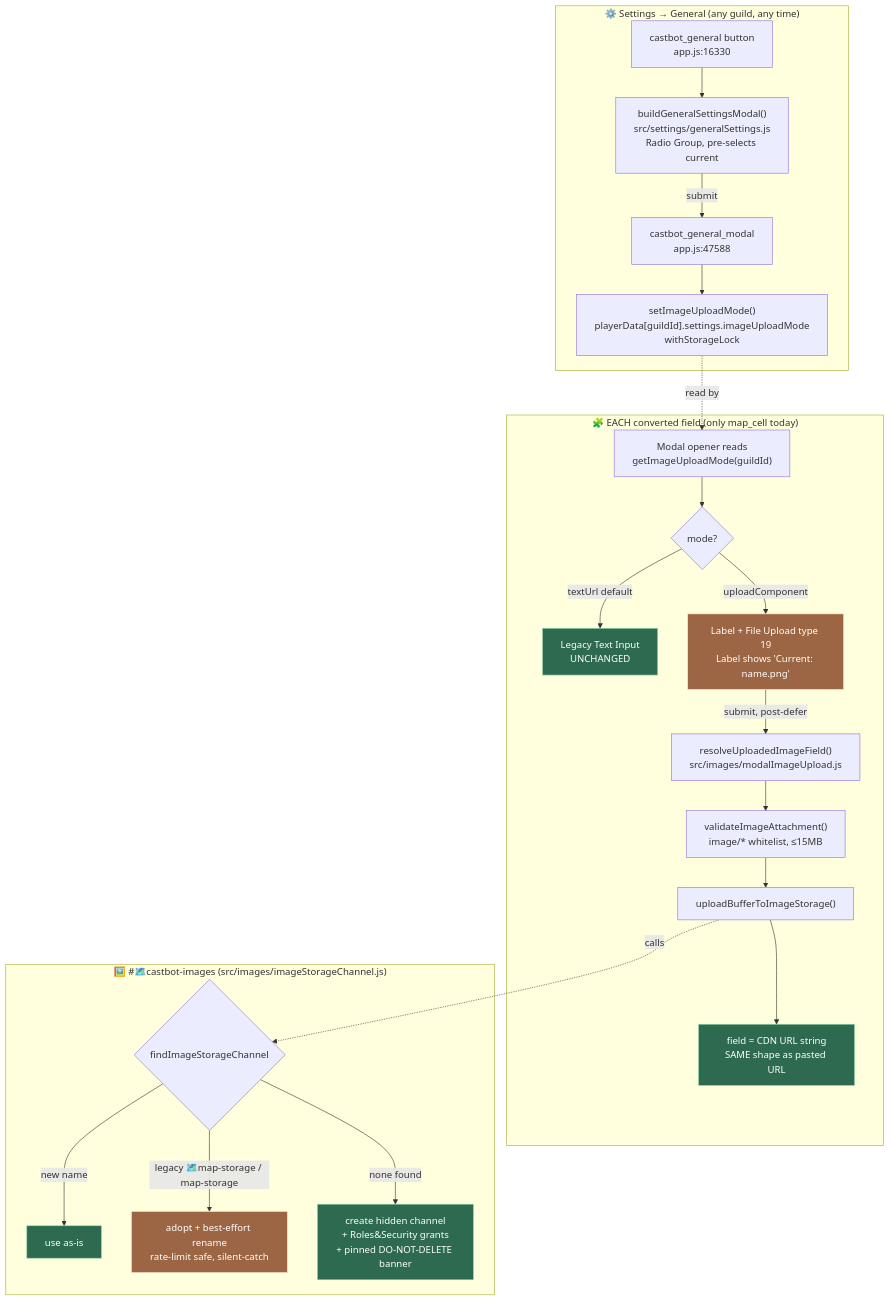
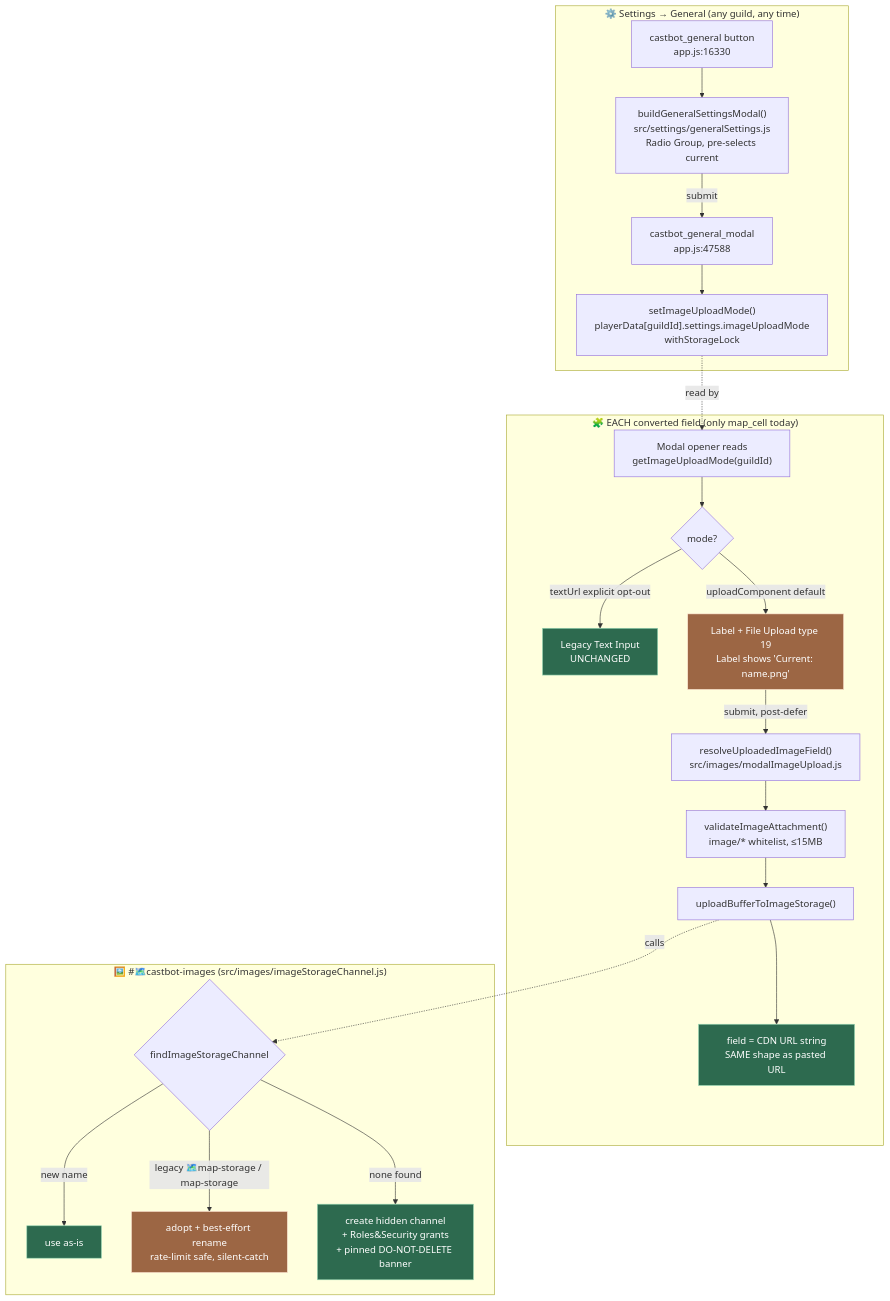
Before and after one commit to extremedonkey/castbot: the diagram in docs/03-features/ImageUploads.md, drawn with Mermaid. The commit also changed other lines of this file and 3 other files, not shown here.

Commit message:
Image Uploads: flip default mode to uploadComponent for new/never-configured servers (explicit Paste URL choices preserved) - normalizeImageUploadMode is the single source of the default

````diff
--- a/docs/03-features/ImageUploads.md
+++ b/docs/03-features/ImageUploads.md
@@ -34,30 +34,30 @@
 ```mermaid
 flowchart TD
     subgraph Toggle["⚙️ Settings → General (any guild, any time)"]
         BTN["castbot_general button<br/>app.js:16330"] --> MODAL["buildGeneralSettingsModal()<br/>src/settings/generalSettings.js<br/>Radio Group, pre-selects current"]
         MODAL -->|submit| SUBMIT["castbot_general_modal<br/>app.js:47588"]
         SUBMIT --> SAVE["setImageUploadMode()<br/>playerData[guildId].settings.imageUploadMode<br/>withStorageLock"]
     end
 
     subgraph PerField["🧩 EACH converted field (only map_cell today)"]
         OPEN["Modal opener reads<br/>getImageUploadMode(guildId)"] --> WHICH{mode?}
-        WHICH -->|textUrl default| TEXT["Legacy Text Input<br/>UNCHANGED"]:::green
-        WHICH -->|uploadComponent| FILE["Label + File Upload type 19<br/>Label shows 'Current: name.png'"]:::yellow
+        WHICH -->|textUrl explicit opt-out| TEXT["Legacy Text Input<br/>UNCHANGED"]:::green
+        WHICH -->|uploadComponent default| FILE["Label + File Upload type 19<br/>Label shows 'Current: name.png'"]:::yellow
         FILE -->|submit, post-defer| RESOLVE["resolveUploadedImageField()<br/>src/images/modalImageUpload.js"]
         RESOLVE --> VALIDATE["validateImageAttachment()<br/>image/* whitelist, ≤15MB"]
         VALIDATE --> REHOST["uploadBufferToImageStorage()"]
         REHOST --> URLOUT["field = CDN URL string<br/>SAME shape as pasted URL"]:::green
     end
 
     subgraph Channel["🖼️ #🗺️castbot-images (src/images/imageStorageChannel.js)"]
         FIND{findImageStorageChannel} -->|new name| USE[use as-is]:::green
         FIND -->|legacy 🗺️map-storage / map-storage| ADOPT["adopt + best-effort rename<br/>rate-limit safe, silent-catch"]:::yellow
         FIND -->|none found| CREATE["create hidden channel<br/>+ Roles&Security grants<br/>+ pinned DO-NOT-DELETE banner"]:::green
     end
 
     REHOST -.calls.-> FIND
     SAVE -.read by.-> OPEN
 
     classDef green fill:#2d6a4f,stroke:#95d5b2,color:#fff
     classDef yellow fill:#9c6644,stroke:#ffe8d6,color:#fff
 ```
````
